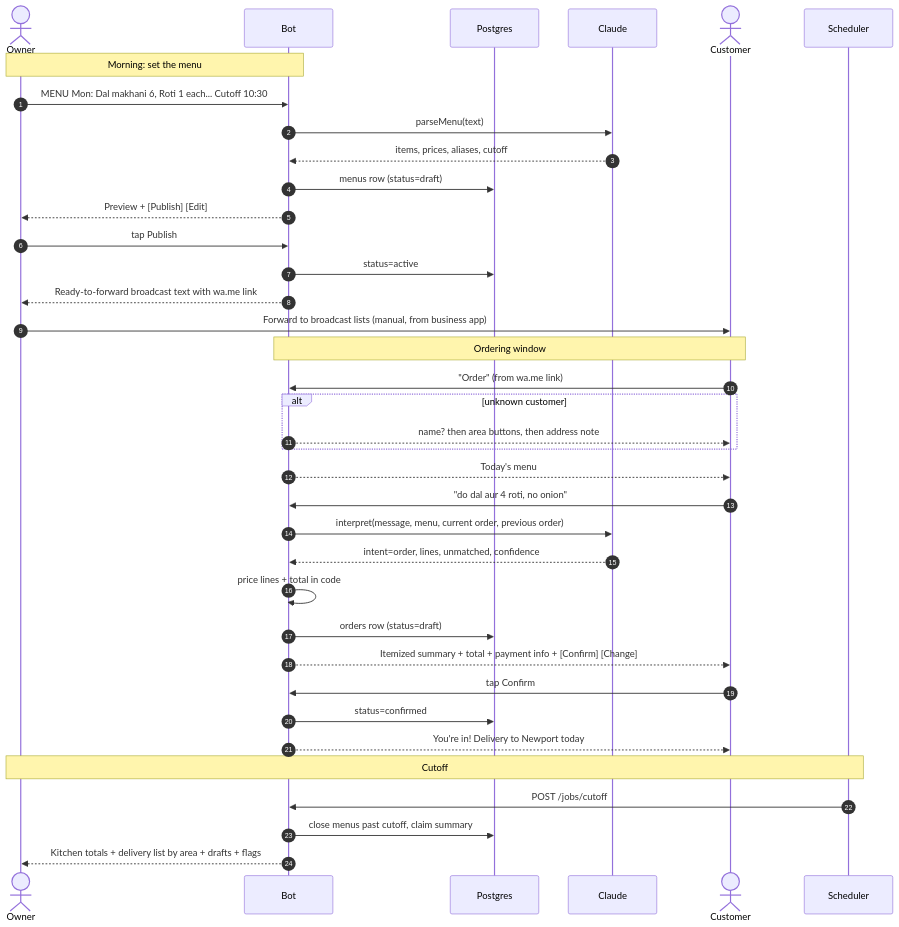
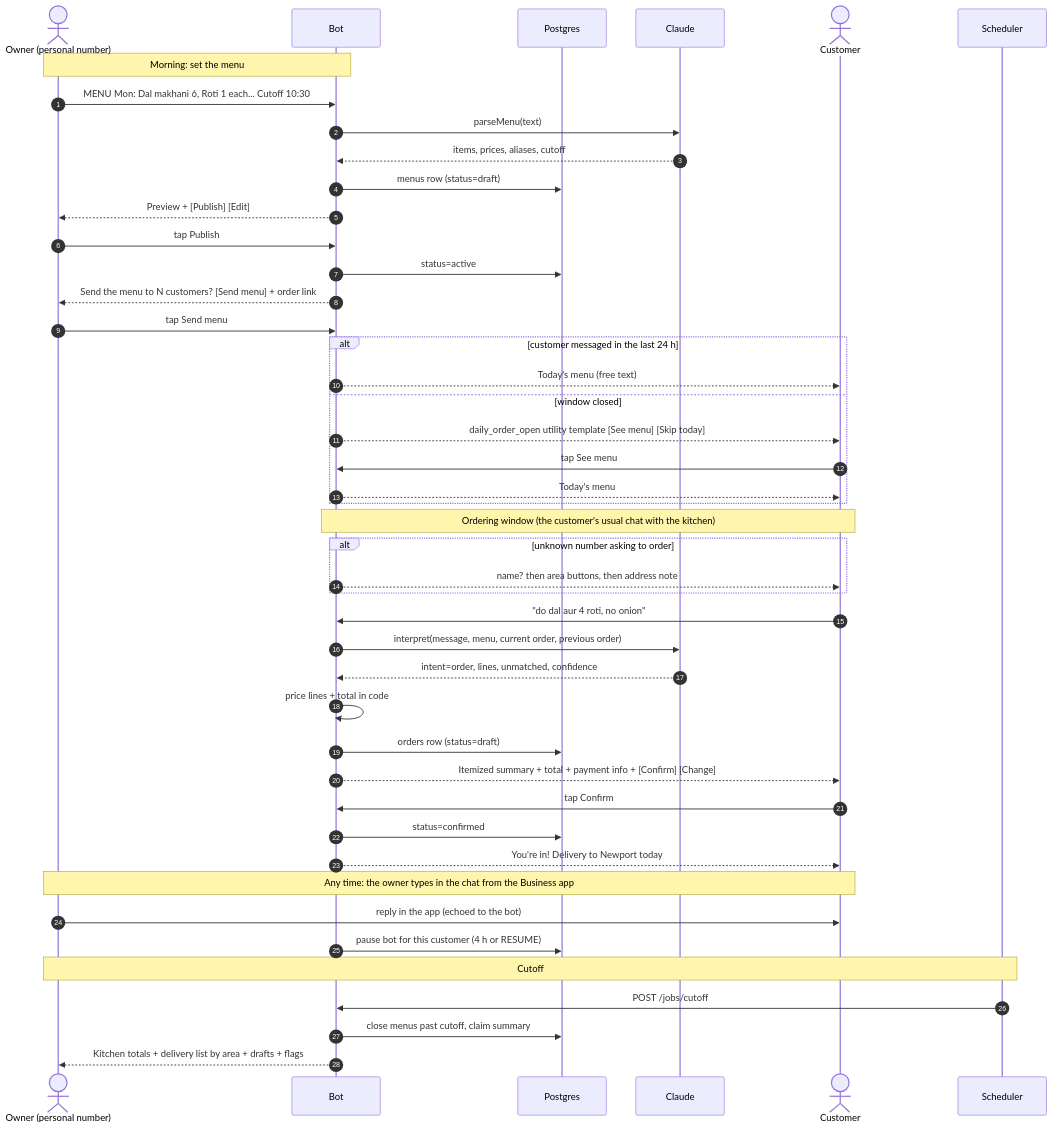
Before and after one commit to ashwin2912/preppr: the second of 13 diagrams in system-design.md, drawn with Mermaid. The commit also changed other lines of this file and 9 other files, not shown here.

First line of the commit message:
Docs: make coexistence on the owner's number the setup everywhere

````diff
--- a/system-design.md
+++ b/system-design.md
@@ -51,42 +53,51 @@
 ```mermaid
 sequenceDiagram
     autonumber
-    actor O as Owner
+    actor O as Owner (personal number)
     participant B as Bot
     participant DB as Postgres
     participant C as Claude
     actor U as Customer
     participant S as Scheduler
 
     Note over O,B: Morning: set the menu
     O->>B: MENU Mon: Dal makhani 6, Roti 1 each... Cutoff 10:30
     B->>C: parseMenu(text)
     C-->>B: items, prices, aliases, cutoff
     B->>DB: menus row (status=draft)
     B-->>O: Preview + [Publish] [Edit]
     O->>B: tap Publish
     B->>DB: status=active
-    B-->>O: Ready-to-forward broadcast text with wa.me link
-    O->>U: Forward to broadcast lists (manual, from business app)
+    B-->>O: Send the menu to N customers? [Send menu] + order link
+    O->>B: tap Send menu
+    alt customer messaged in the last 24 h
+        B-->>U: Today's menu (free text)
+    else window closed
+        B-->>U: daily_order_open utility template [See menu] [Skip today]
+        U->>B: tap See menu
+        B-->>U: Today's menu
+    end
 
-    Note over U,B: Ordering window
-    U->>B: "Order" (from wa.me link)
-    alt unknown customer
+    Note over U,B: Ordering window (the customer's usual chat with the kitchen)
+    alt unknown number asking to order
         B-->>U: name? then area buttons, then address note
     end
-    B-->>U: Today's menu
     U->>B: "do dal aur 4 roti, no onion"
     B->>C: interpret(message, menu, current order, previous order)
     C-->>B: intent=order, lines, unmatched, confidence
     B->>B: price lines + total in code
     B->>DB: orders row (status=draft)
     B-->>U: Itemized summary + total + payment info + [Confirm] [Change]
     U->>B: tap Confirm
     B->>DB: status=confirmed
     B-->>U: You're in! Delivery to Newport today
 
+    Note over O,U: Any time: the owner types in the chat from the Business app
+    O->>U: reply in the app (echoed to the bot)
+    B->>DB: pause bot for this customer (4 h or RESUME)
+
     Note over S,O: Cutoff
     S->>B: POST /jobs/cutoff
     B->>DB: close menus past cutoff, claim summary
     B-->>O: Kitchen totals + delivery list by area + drafts + flags
 ```
````
